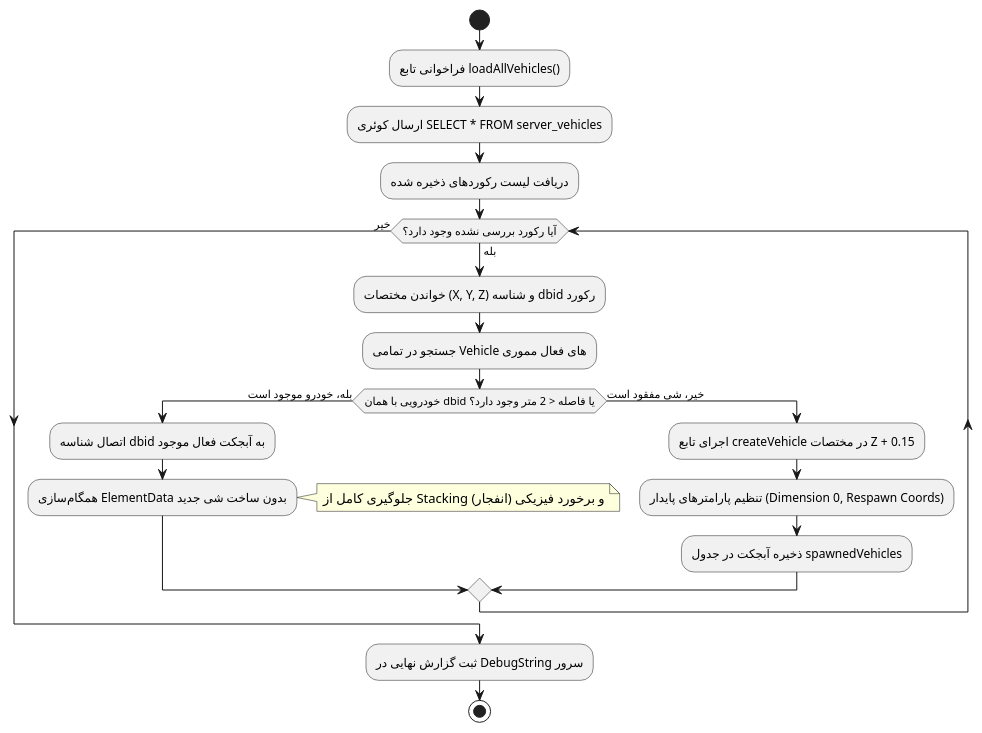
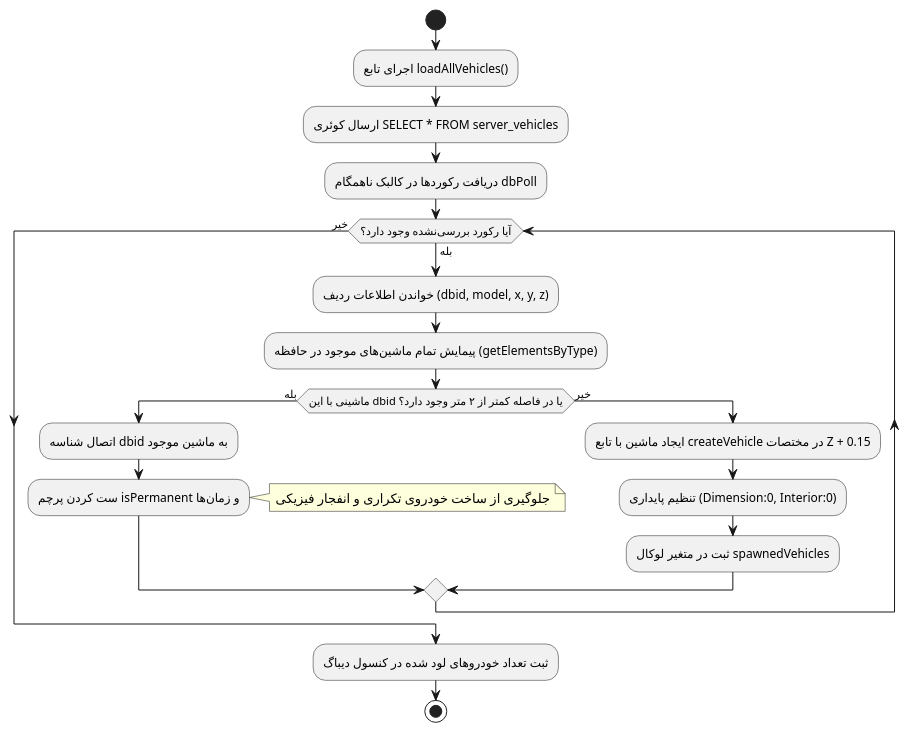
Before and after one commit to Silent-Galaxy/SilentRP: the fourth of 6 diagrams in resources/admin_vehicles/ReadMe.md, drawn with PlantUML. The commit also changed other lines of this file, not shown here.

````diff
--- a/resources/admin_vehicles/ReadMe.md
+++ b/resources/admin_vehicles/ReadMe.md
@@ -159,23 +231,25 @@
+```plantuml
 @startuml
 start
-:فراخوانی تابع loadAllVehicles();
+:اجرای تابع loadAllVehicles();
 :ارسال کوئری SELECT * FROM server_vehicles;
-:دریافت لیست رکوردهای ذخیره شده;
+:دریافت رکوردها در کالبک ناهمگام dbPoll;
 
-while (آیا رکورد بررسی نشده وجود دارد؟) is (بله)
-  :خواندن مختصات (X, Y, Z) و شناسه dbid رکورد;
-  :جستجو در تمامی Vehicle های فعال مموری;
-  if (خودرویی با همان dbid یا فاصله < 2 متر وجود دارد؟) then (بله، خودرو موجود است)
-    :اتصال شناسه dbid به آبجکت فعال موجود;
-    :همگام‌سازی ElementData بدون ساخت شی جدید;
-    note right: جلوگیری کامل از Stacking و برخورد فیزیکی (انفجار)
-  else (خیر، شی مفقود است)
-    :اجرای تابع createVehicle در مختصات Z + 0.15;
-    :تنظیم پارامترهای پایدار (Dimension 0, Respawn Coords);
-    :ذخیره آبجکت در جدول spawnedVehicles;
+while (آیا رکورد بررسی‌نشده وجود دارد؟) is (بله)
+  :خواندن اطلاعات ردیف (dbid, model, x, y, z);
+  :پیمایش تمام ماشین‌های موجود در حافظه (getElementsByType);
+  if (ماشینی با این dbid یا در فاصله کمتر از ۲ متر وجود دارد؟) then (بله)
+    :اتصال شناسه dbid به ماشین موجود;
+    :ست کردن پرچم isPermanent و زمان‌ها;
+    note right: جلوگیری از ساخت خودروی تکراری و انفجار فیزیکی
+  else (خیر)
+    :ایجاد ماشین با تابع createVehicle در مختصات Z + 0.15;
+    :تنظیم پایداری (Dimension:0, Interior:0);
+    :ثبت در متغیر لوکال spawnedVehicles;
   endif
 endwhile (خیر)
 
-:ثبت گزارش نهایی در DebugString سرور;
+:ثبت تعداد خودروهای لود شده در کنسول دیباگ;
 stop
 @enduml
+```
````
